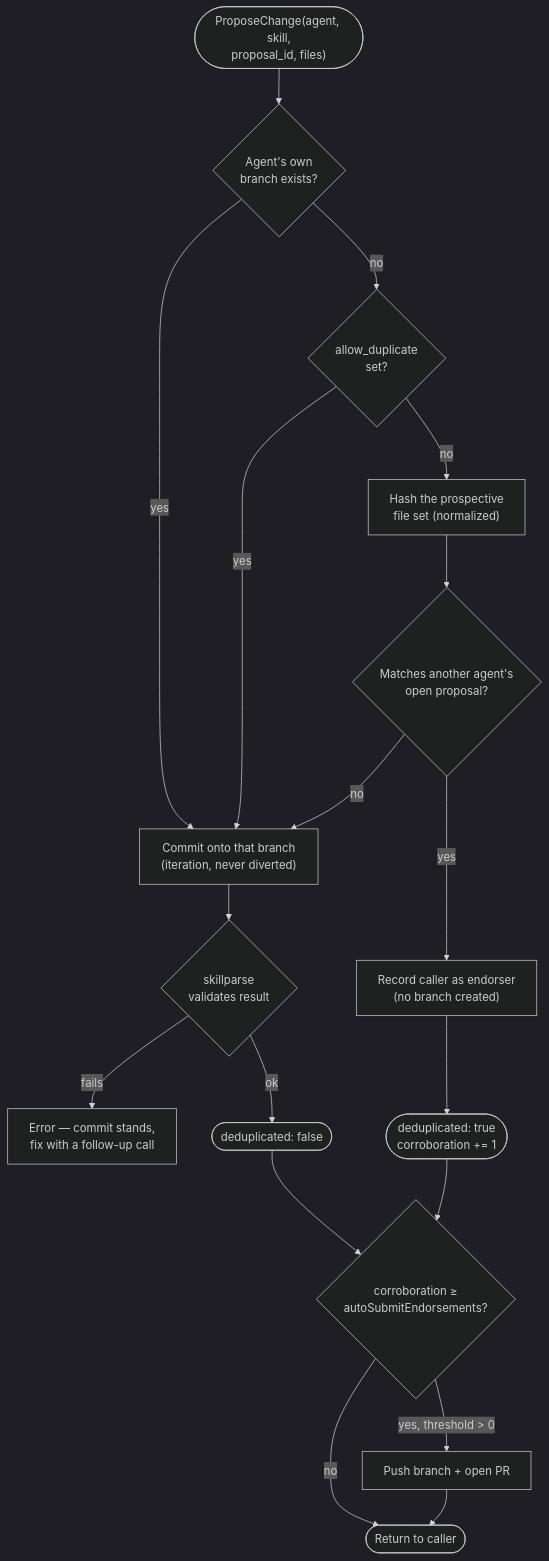
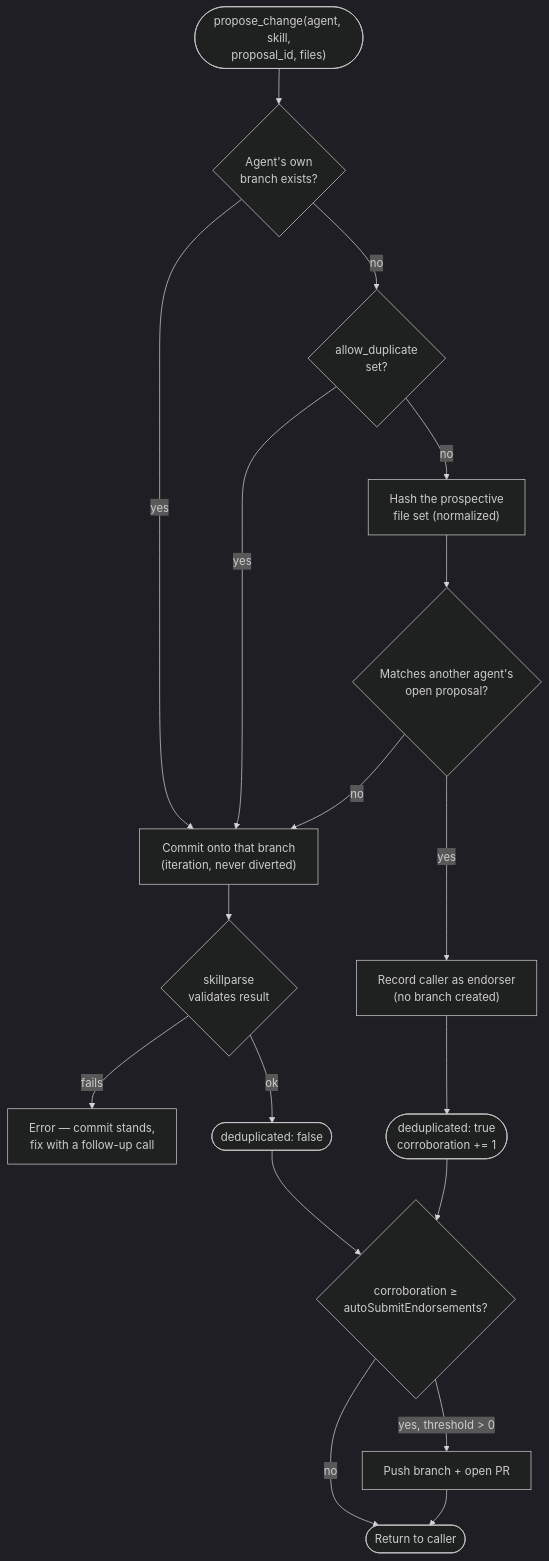
Before and after one commit to araghukas/skillset: the first of 2 diagrams in docs/skillsd-registry.md, drawn with Mermaid (dark theme). The commit also changed other lines of this file and 4 other files, not shown here.

````diff
--- a/docs/skillsd-registry.md
+++ b/docs/skillsd-registry.md
@@ -60,27 +63,27 @@
 ```mermaid
 flowchart TD
-  Start(["ProposeChange(agent, skill,\nproposal_id, files)"]) --> OwnBranch{"Agent's own\nbranch exists?"}
+  Start(["propose_change(agent, skill,\nproposal_id, files)"]) --> OwnBranch{"Agent's own\nbranch exists?"}
 
   OwnBranch -- yes --> Commit["Commit onto that branch\n(iteration, never diverted)"]
   OwnBranch -- no --> AllowDup{"allow_duplicate\nset?"}
 
   AllowDup -- yes --> Commit
   AllowDup -- no --> Hash["Hash the prospective\nfile set (normalized)"]
 
   Hash --> Match{"Matches another agent's\nopen proposal?"}
 
   Match -- no --> Commit
   Match -- yes --> Endorse["Record caller as endorser\n(no branch created)"]
 
   Commit --> Validate{"skillparse\nvalidates result"}
   Validate -- fails --> Invalid["Error — commit stands,\nfix with a follow-up call"]
   Validate -- ok --> OwnResult(["deduplicated: false"])
 
   Endorse --> DupResult(["deduplicated: true\ncorroboration += 1"])
 
   OwnResult --> AutoCheck{"corroboration ≥\nautoSubmitEndorsements?"}
   DupResult --> AutoCheck
   AutoCheck -- "yes, threshold > 0" --> AutoPR["Push branch + open PR"]
   AutoCheck -- no --> Done(["Return to caller"])
   AutoPR --> Done
 ```
````
